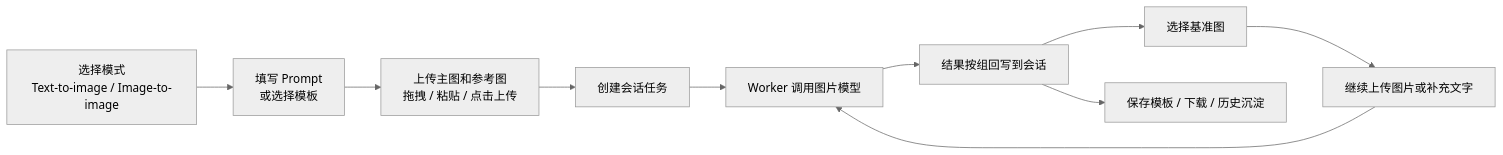
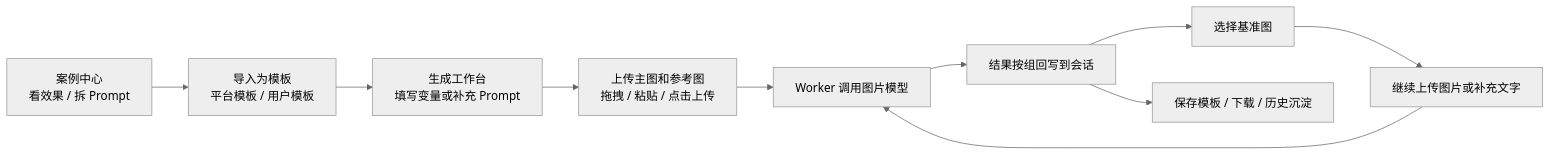
The diagram in README.md (laolin5564/huajing-studio), drawn with Mermaid (neutral theme) before and after one commit. The commit also changed other lines of this file and 10 other files, not shown here.

````diff
--- a/README.md
+++ b/README.md
@@ -77,12 +81,12 @@
 ```mermaid
 flowchart LR
-  A["选择模式<br/>Text-to-image / Image-to-image"] --> B["填写 Prompt<br/>或选择模板"]
-  B --> C["上传主图和参考图<br/>拖拽 / 粘贴 / 点击上传"]
-  C --> D["创建会话任务"]
+  A["案例中心<br/>看效果 / 拆 Prompt"] --> B["导入为模板<br/>平台模板 / 用户模板"]
+  B --> C["生成工作台<br/>填写变量或补充 Prompt"]
+  C --> D["上传主图和参考图<br/>拖拽 / 粘贴 / 点击上传"]
   D --> E["Worker 调用图片模型"]
   E --> F["结果按组回写到会话"]
   F --> G["选择基准图"]
   G --> H["继续上传图片或补充文字"]
   H --> E
   F --> I["保存模板 / 下载 / 历史沉淀"]
 ```
````
